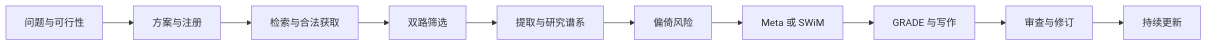
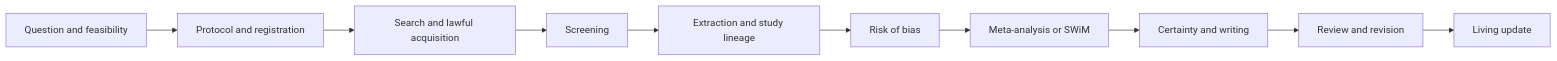
One commit to fsy2004/MetaWingman changed the diagram in README.md. Above: the diagram before and after it, drawn with Mermaid. The commit also changed other lines of this file and 141 other files, not shown here.

````diff
--- a/README.md
+++ b/README.md
@@ -57,12 +121,12 @@
 ```mermaid
 flowchart LR
-    A[问题与可行性] --> B[方案与注册]
-    B --> C[检索与合法获取]
-    C --> D[双路筛选]
-    D --> E[提取与研究谱系]
-    E --> F[偏倚风险]
-    F --> G[Meta 或 SWiM]
-    G --> H[GRADE 与写作]
-    H --> I[审查与修订]
-    I --> J[持续更新]
+    A[Question and feasibility] --> B[Protocol and registration]
+    B --> C[Search and lawful acquisition]
+    C --> D[Screening]
+    D --> E[Extraction and study lineage]
+    E --> F[Risk of bias]
+    F --> G[Meta-analysis or SWiM]
+    G --> H[Certainty and writing]
+    H --> I[Review and revision]
+    I --> J[Living update]
 ```
````
